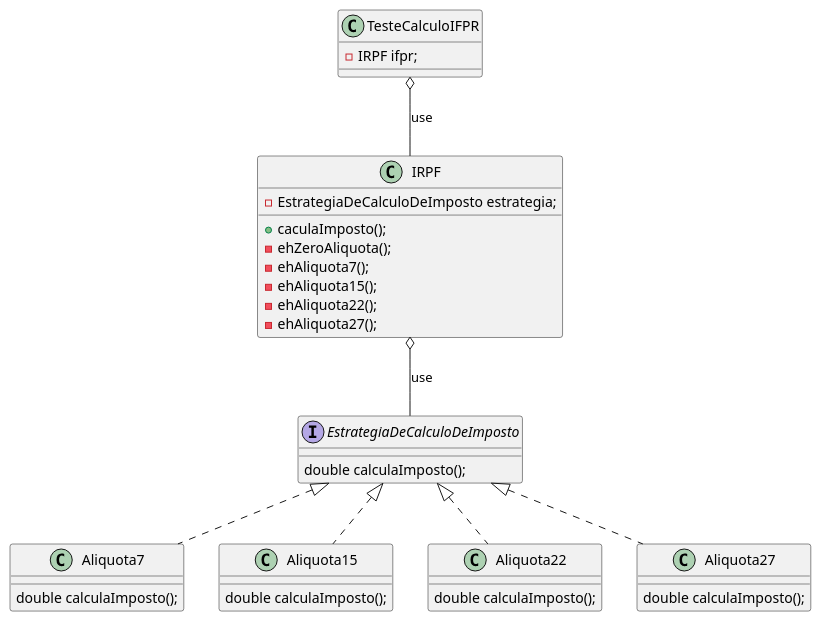
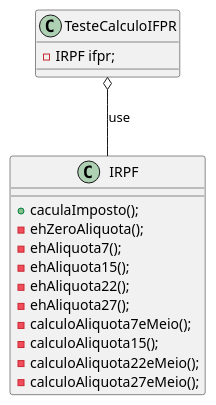
One commit to diogo-meneses-franca/atividade-avaliativa-construcao-de-software-solid-ifpr changed the diagram in atividade-avaliativa-solid-cs/src/main/java/org/example/ex4/ex4.puml. Above: the diagram before and after it, drawn with PlantUML.

Commit message:
Refatorada a plantUml do exercício 4.

```diff
--- a/atividade-avaliativa-solid-cs/src/main/java/org/example/ex4/ex4.puml
+++ b/atividade-avaliativa-solid-cs/src/main/java/org/example/ex4/ex4.puml
@@ -1,42 +1,24 @@
 @startuml
 
 class TesteCalculoIFPR{
     -IRPF ifpr;
 }
 TesteCalculoIFPR o-- IRPF : use
-IRPF o-- EstrategiaDeCalculoDeImposto : use
 
 class IRPF{
-    -EstrategiaDeCalculoDeImposto estrategia;
 
     +caculaImposto();
     -ehZeroAliquota();
     -ehAliquota7();
     -ehAliquota15();
     -ehAliquota22();
     -ehAliquota27();
+    -calculoAliquota7eMeio();
+    -calculoAliquota15();
+    -calculoAliquota22eMeio();
+    -calculoAliquota27eMeio();
+
 
 }
 
-interface EstrategiaDeCalculoDeImposto{
-    double calculaImposto();
-}
-
-class Aliquota7 implements EstrategiaDeCalculoDeImposto{
-    double calculaImposto();
-}
-
-class Aliquota15 implements EstrategiaDeCalculoDeImposto{
-    double calculaImposto();
-}
-
-class Aliquota22 implements EstrategiaDeCalculoDeImposto{
-    double calculaImposto();
-}
-
-class Aliquota27 implements EstrategiaDeCalculoDeImposto{
-    double calculaImposto();
-}
-
-
 @enduml
```
